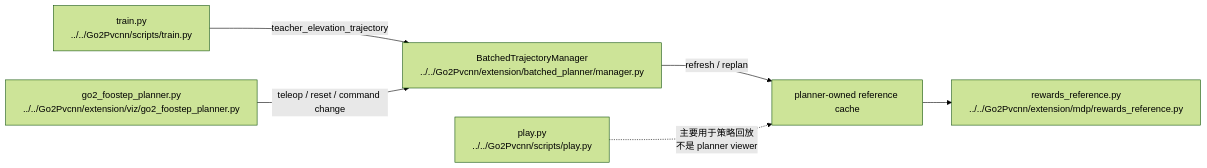
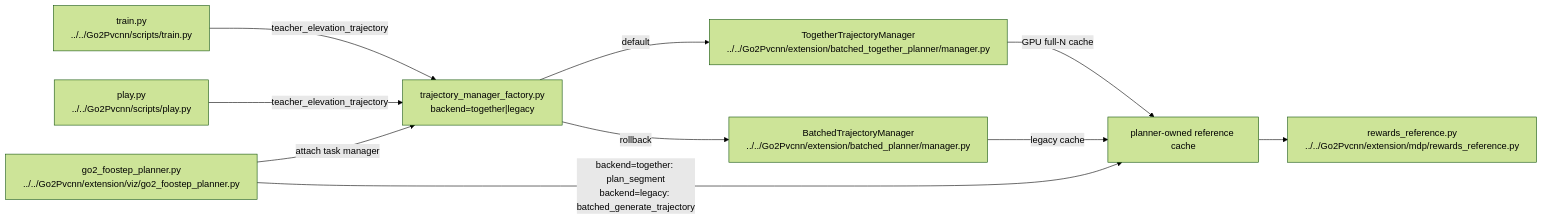
Before and after one commit to lukeyang117/Go2Pvcnn: the diagram in notes/human/human-12-batched-planner-train-viewer-commands.md, drawn with Mermaid (forest theme). The commit also changed other lines of this file and 21 other files, not shown here.

````diff
--- a/notes/human/human-12-batched-planner-train-viewer-commands.md
+++ b/notes/human/human-12-batched-planner-train-viewer-commands.md
@@ -27,15 +30,21 @@
 ```mermaid
 graph LR
     train["train.py\n../../Go2Pvcnn/scripts/train.py"]
+    play["play.py\n../../Go2Pvcnn/scripts/play.py"]
     viewer["go2_foostep_planner.py\n../../Go2Pvcnn/extension/viz/go2_foostep_planner.py"]
-    play["play.py\n../../Go2Pvcnn/scripts/play.py"]
-    manager["BatchedTrajectoryManager\n../../Go2Pvcnn/extension/batched_planner/manager.py"]
+    factory["trajectory_manager_factory.py\nbackend=together|legacy"]
+    together["TogetherTrajectoryManager\n../../Go2Pvcnn/extension/batched_together_planner/manager.py"]
+    legacy["BatchedTrajectoryManager\n../../Go2Pvcnn/extension/batched_planner/manager.py"]
     rewards["rewards_reference.py\n../../Go2Pvcnn/extension/mdp/rewards_reference.py"]
     cache["planner-owned reference cache"]
 
-    train -->|"teacher_elevation_trajectory"| manager
-    viewer -->|"teleop / reset / command change"| manager
-    manager -->|"refresh / replan"| cache
+    train -->|"teacher_elevation_trajectory"| factory
+    play -->|"teacher_elevation_trajectory"| factory
+    viewer -->|"attach task manager"| factory
+    factory -->|"default"| together
+    factory -->|"rollback"| legacy
+    together -->|"GPU full-N cache"| cache
+    legacy -->|"legacy cache"| cache
     cache --> rewards
-    play -.->|"主要用于策略回放\n不是 planner viewer"| cache
+    viewer -->|"backend=together: plan_segment\nbackend=legacy: batched_generate_trajectory"| cache
 ```
````
